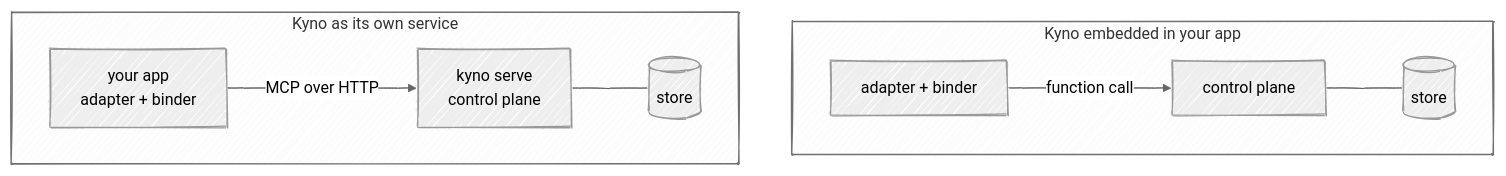
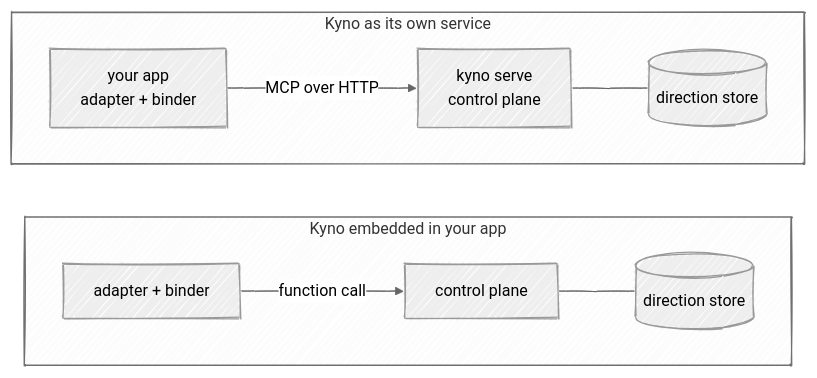
Before and after one commit to cizambra/kyno: the second of 2 diagrams in docs/adapters.md, drawn with Mermaid. The commit also changed other lines of this file, not shown here.

Commit message:
The loop shrinks, the deployment shapes grow back

````diff
--- a/docs/adapters.md
+++ b/docs/adapters.md
@@ -99,18 +99,19 @@
 ```mermaid
 ---
 config:
   look: handDrawn
   theme: neutral
 ---
 flowchart TB
+  subgraph svc["Kyno as its own service"]
+    direction LR
+    A1["your app<br/>adapter + binder"] -- "MCP over HTTP" --> K1["kyno serve<br/>control plane"]
+    K1 --- S1[("direction store")]
+  end
   subgraph emb["Kyno embedded in your app"]
     direction LR
     B2["adapter + binder"] -- "function call" --> K2["control plane"]
-    K2 --- S2[("store")]
+    K2 --- S2[("direction store")]
   end
-  subgraph svc["Kyno as its own service"]
-    direction LR
-    A1["your app<br/>adapter + binder"] -- "MCP over HTTP" --> K1["kyno serve<br/>control plane"]
-    K1 --- S1[("store")]
-  end
+  svc ~~~ emb
 ```
````
